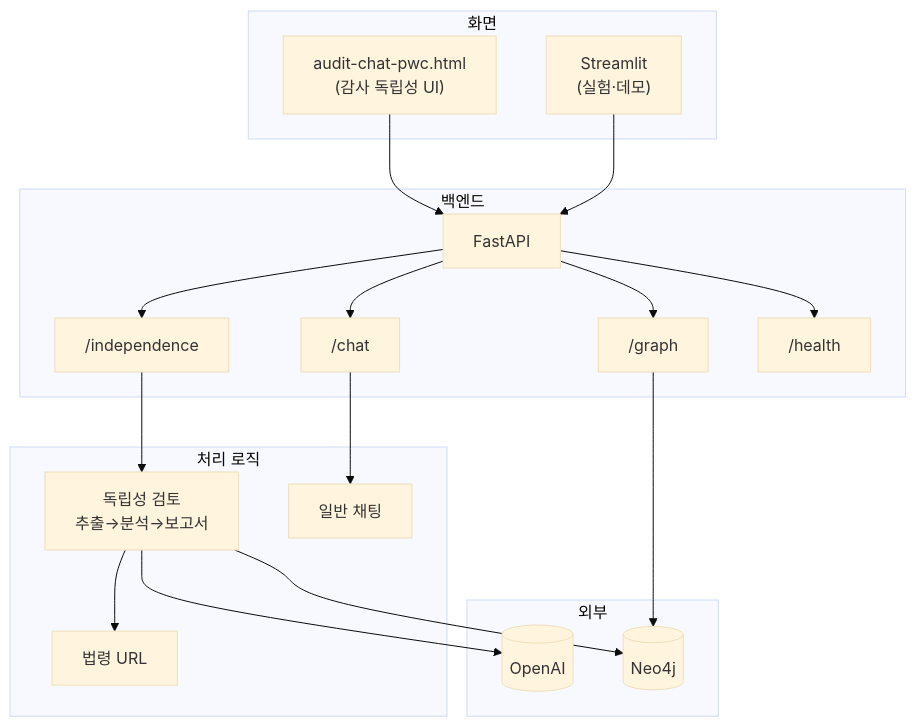
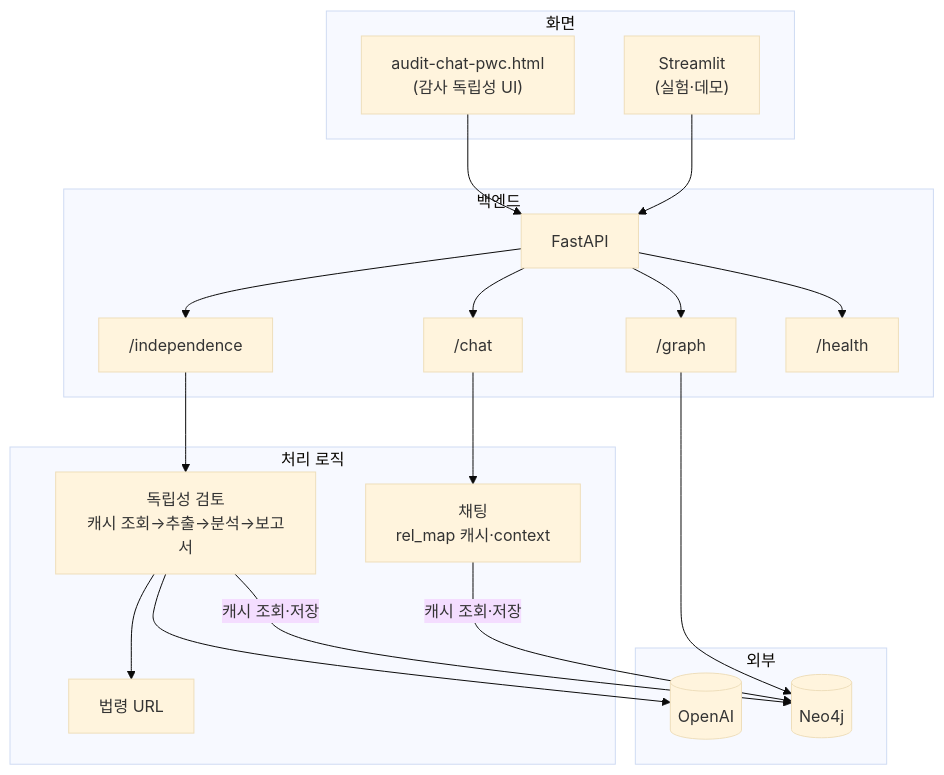
One commit to psych3ma/audit-chat changed the second of 2 diagrams in docs/ARCHITECTURE.md. Above: the diagram before and after it, drawn with Mermaid (base theme). The commit also changed other lines of this file, not shown here.

Commit message:
docs: uptate diagram

````diff
--- a/docs/ARCHITECTURE.md
+++ b/docs/ARCHITECTURE.md
@@ -57,31 +59,32 @@
 ```mermaid
 flowchart TB
     subgraph Frontend["화면"]
         HTML["audit-chat-pwc.html<br/>(감사 독립성 UI)"]
         Streamlit["Streamlit<br/>(실험·데모)"]
     end
     subgraph Backend["백엔드"]
         API[FastAPI]
         API --> R1["/independence"]
         API --> R2["/chat"]
         API --> R3["/graph"]
         API --> R4["/health"]
     end
     subgraph Services["처리 로직"]
-        Indep["독립성 검토<br/>추출→분석→보고서"]
-        Chat["일반 채팅"]
+        Indep["독립성 검토<br/>캐시 조회→추출→분석→보고서"]
+        Chat["채팅<br/>rel_map 캐시·context"]
         Law["법령 URL"]
     end
     subgraph External["외부"]
         OpenAI[(OpenAI)]
         Neo4j[(Neo4j)]
     end
     HTML --> API
     Streamlit --> API
     R1 --> Indep
     R2 --> Chat
     R3 --> Neo4j
+    Indep -->|캐시 조회·저장| Neo4j
     Indep --> OpenAI
     Indep --> Law
-    Indep --> Neo4j
+    Chat -->|캐시 조회·저장| Neo4j
 ```
````
